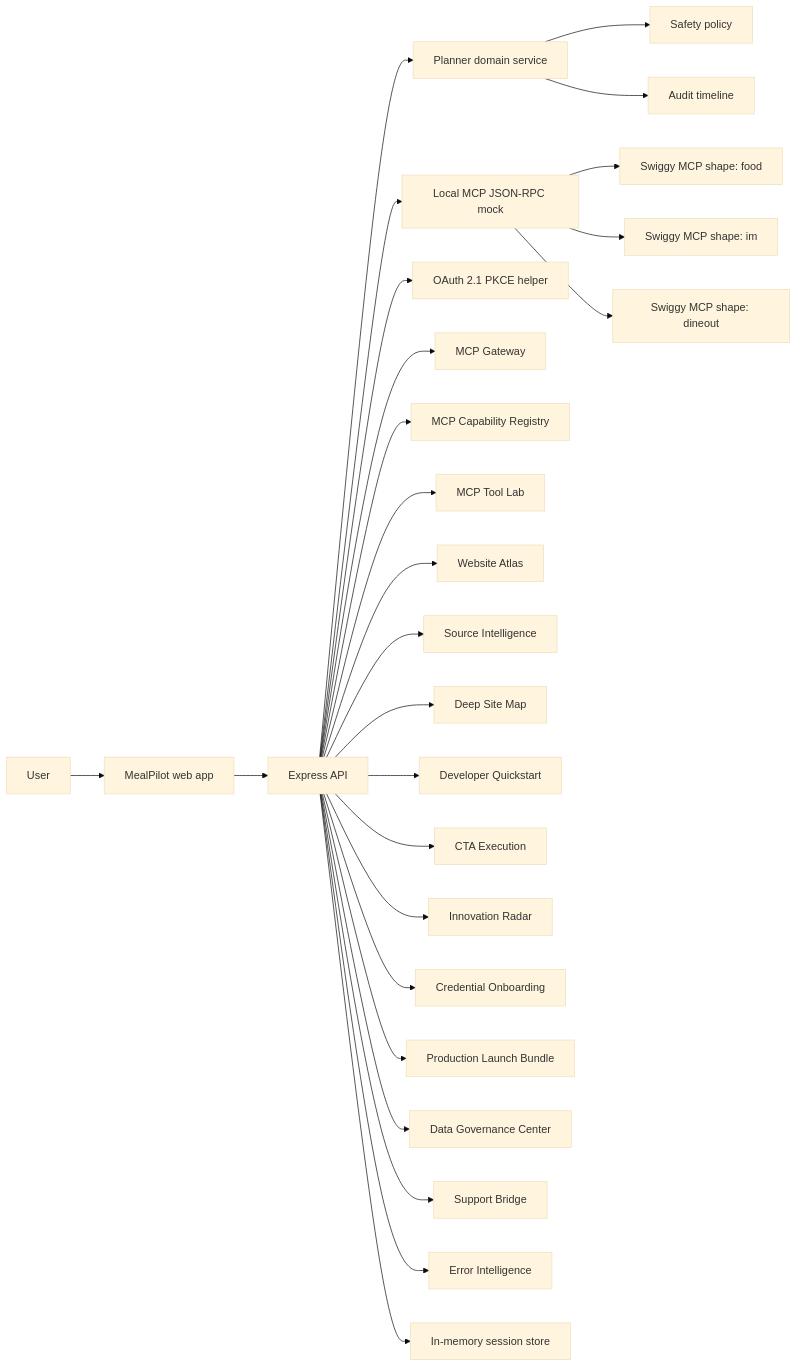
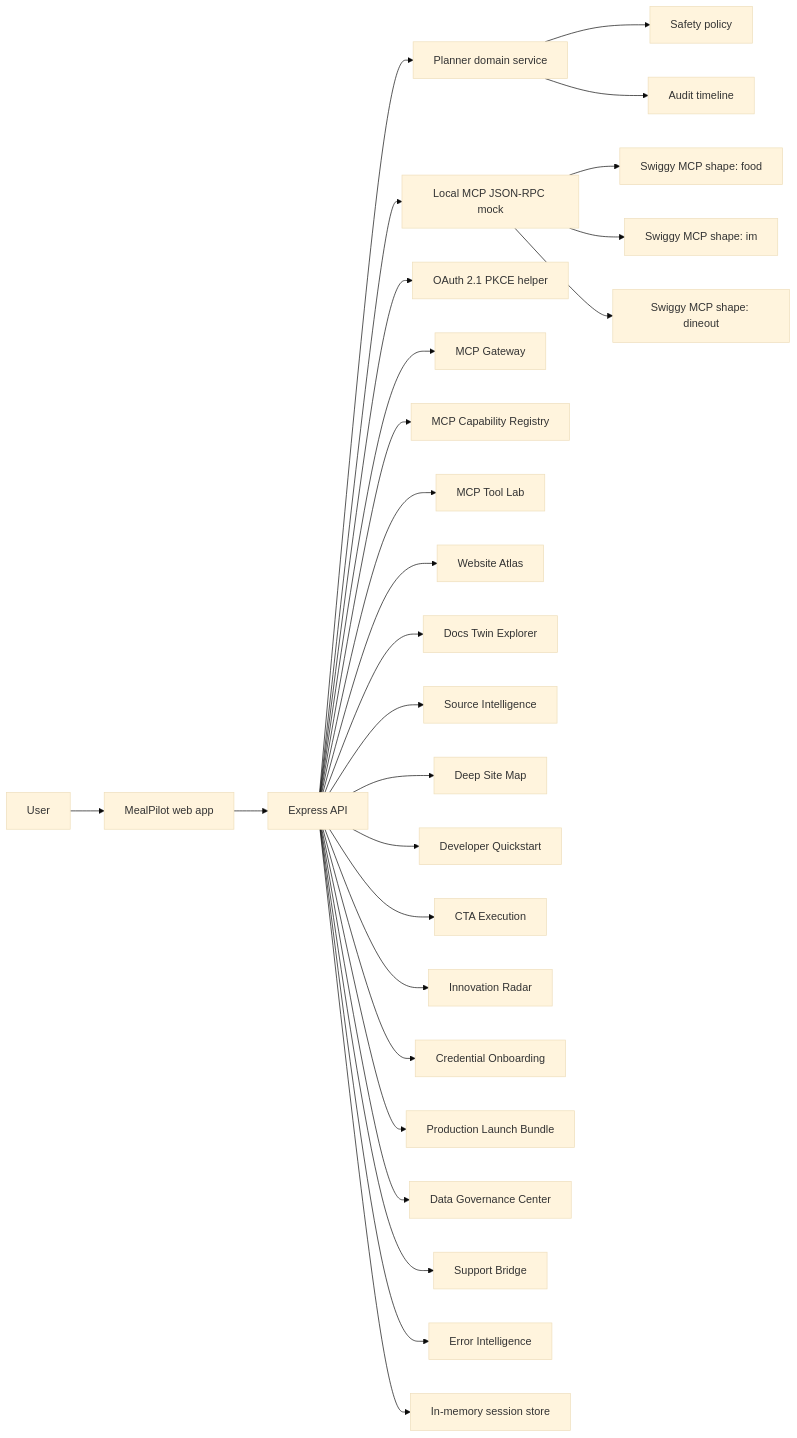
The diagram in docs/architecture.md (Farhankhan0128/MealPilot), drawn with Mermaid (base theme) before and after one commit. The commit also changed other lines of this file and 21 other files, not shown here.

Commit message:
Add Swiggy docs twin explorer

````diff
--- a/docs/architecture.md
+++ b/docs/architecture.md
@@ -7,28 +7,29 @@
 ```mermaid
 flowchart LR
   U["User"] --> UI["MealPilot web app"]
   UI --> API["Express API"]
   API --> Planner["Planner domain service"]
   Planner --> Safety["Safety policy"]
   API --> Mock["Local MCP JSON-RPC mock"]
   API --> Auth["OAuth 2.1 PKCE helper"]
   API --> Gateway["MCP Gateway"]
   API --> Registry["MCP Capability Registry"]
   API --> ToolLab["MCP Tool Lab"]
   API --> Atlas["Website Atlas"]
+  API --> DocsTwin["Docs Twin Explorer"]
   API --> SourceIntel["Source Intelligence"]
   API --> DeepMap["Deep Site Map"]
   API --> DevQuick["Developer Quickstart"]
   API --> CtaExec["CTA Execution"]
   API --> Innovation["Innovation Radar"]
   API --> Credential["Credential Onboarding"]
   API --> Launch["Production Launch Bundle"]
   API --> DataGov["Data Governance Center"]
   API --> Support["Support Bridge"]
   API --> Errors["Error Intelligence"]
   Mock --> Food["Swiggy MCP shape: food"]
   Mock --> IM["Swiggy MCP shape: im"]
   Mock --> Dineout["Swiggy MCP shape: dineout"]
   API --> Store["In-memory session store"]
   Planner --> Obs["Audit timeline"]
 ```
````
